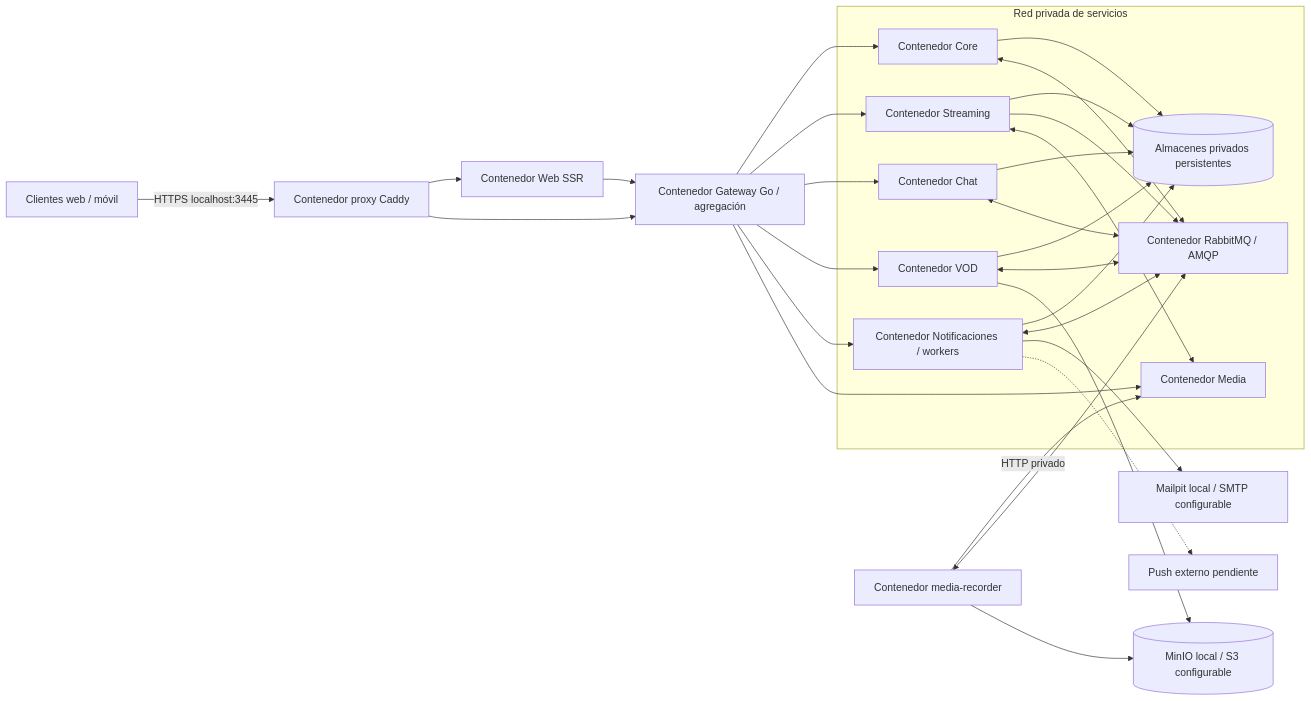
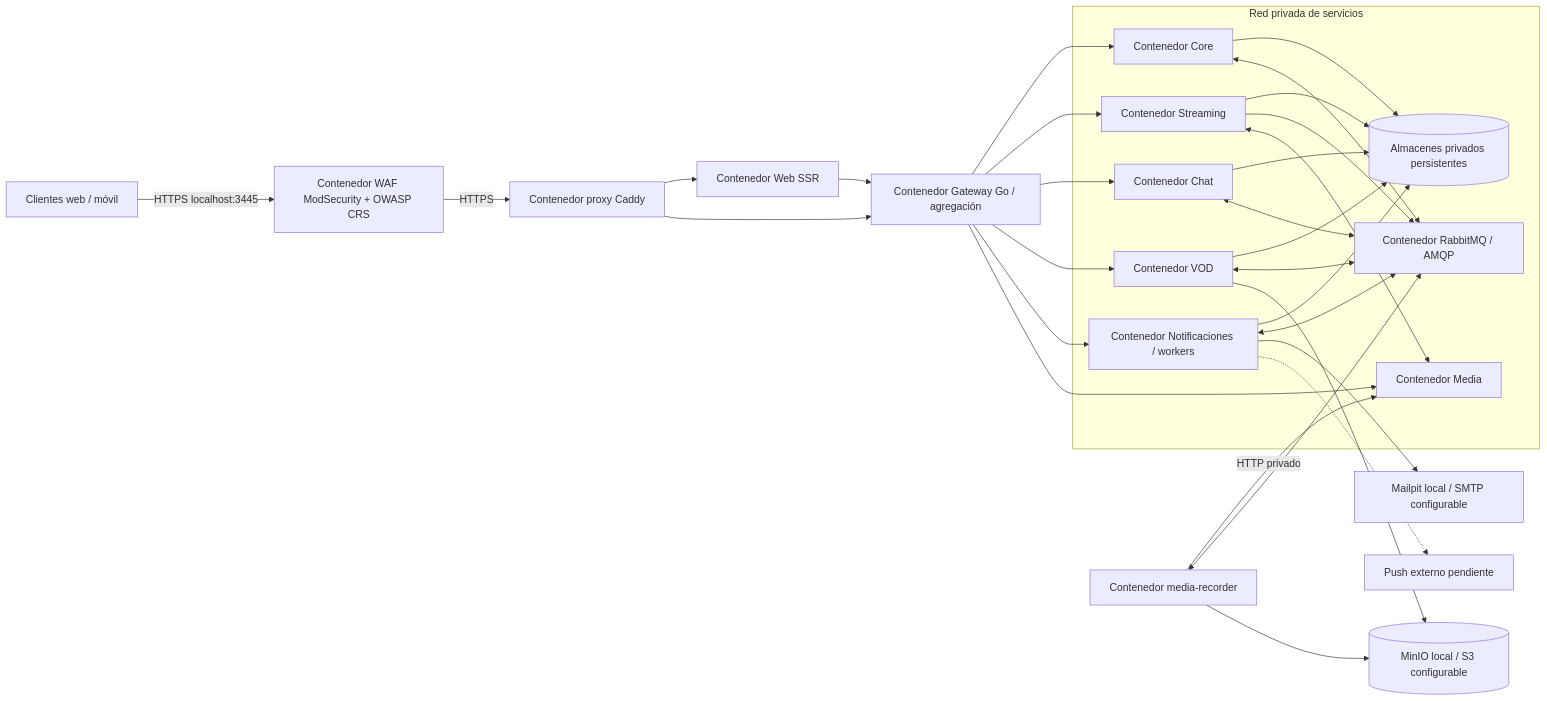
Before and after one commit to SWARCH-1A/streaming: the second of 3 diagrams in docs/arquitectura_c4_cnc_despliegue.md, drawn with Mermaid. The commit also changed other lines of this file and 19 other files, not shown here.

First line of the commit message:
feat(p3): WAF ModSecurity v3 + OWASP CRS en la entrada pública

````diff
--- a/docs/arquitectura_c4_cnc_despliegue.md
+++ b/docs/arquitectura_c4_cnc_despliegue.md
@@ -86,40 +86,41 @@
 ```mermaid
 flowchart LR
-  Clients[Clientes web / móvil] -->|HTTPS localhost:3445| P[Contenedor proxy Caddy]
+  Clients[Clientes web / móvil] -->|HTTPS localhost:3445| WAF[Contenedor WAF ModSecurity + OWASP CRS]
+  WAF -->|HTTPS| P[Contenedor proxy Caddy]
   P --> W[Contenedor Web SSR]
   P --> G[Contenedor Gateway Go / agregación]
   subgraph Private[Red privada de servicios]
     C[Contenedor Core]
     S[Contenedor Streaming]
     CH[Contenedor Chat]
     V[Contenedor VOD]
     N[Contenedor Notificaciones / workers]
     M[Contenedor Media]
     B[Contenedor RabbitMQ / AMQP]
     D[(Almacenes privados persistentes)]
   end
   G --> C
   G --> S
   G --> CH
   G --> V
   G --> N
   G --> M
   W --> G
   C --> D
   S --> D
   CH --> D
   V --> D
   N --> D
   C <--> B
   S --> B
   CH <--> B
   V <--> B
   N <--> B
   S <--> M
   V --> S3[(MinIO local / S3 configurable)]
   R[Contenedor media-recorder] -->|HTTP privado| M
   R --> S3
   R <--> B
   N --> SMTP[Mailpit local / SMTP configurable]
   N -.-> Push[Push externo pendiente]
 ```
````
